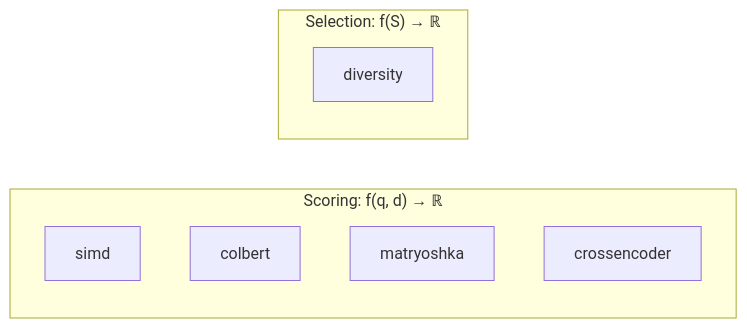
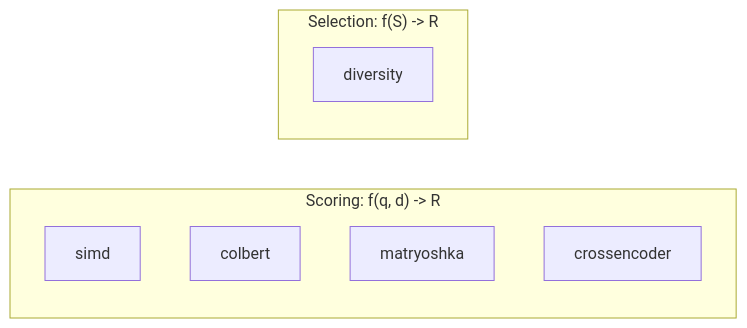
The diagram in DESIGN.md (arclabs561/rank-refine), drawn with Mermaid before and after one commit. The commit also changed other lines of this file and 4 other files, not shown here.

````diff
--- a/DESIGN.md
+++ b/DESIGN.md
@@ -18,12 +21,12 @@
 ```mermaid
 flowchart LR
-    subgraph Scoring["Scoring: f(q, d) → ℝ"]
+    subgraph Scoring["Scoring: f(q, d) -> R"]
         simd["simd"]
         colbert["colbert"]
         matryoshka["matryoshka"]
         cross["crossencoder"]
     end
-    subgraph Selection["Selection: f(S) → ℝ"]
+    subgraph Selection["Selection: f(S) -> R"]
         diversity["diversity"]
     end
 ```
````
